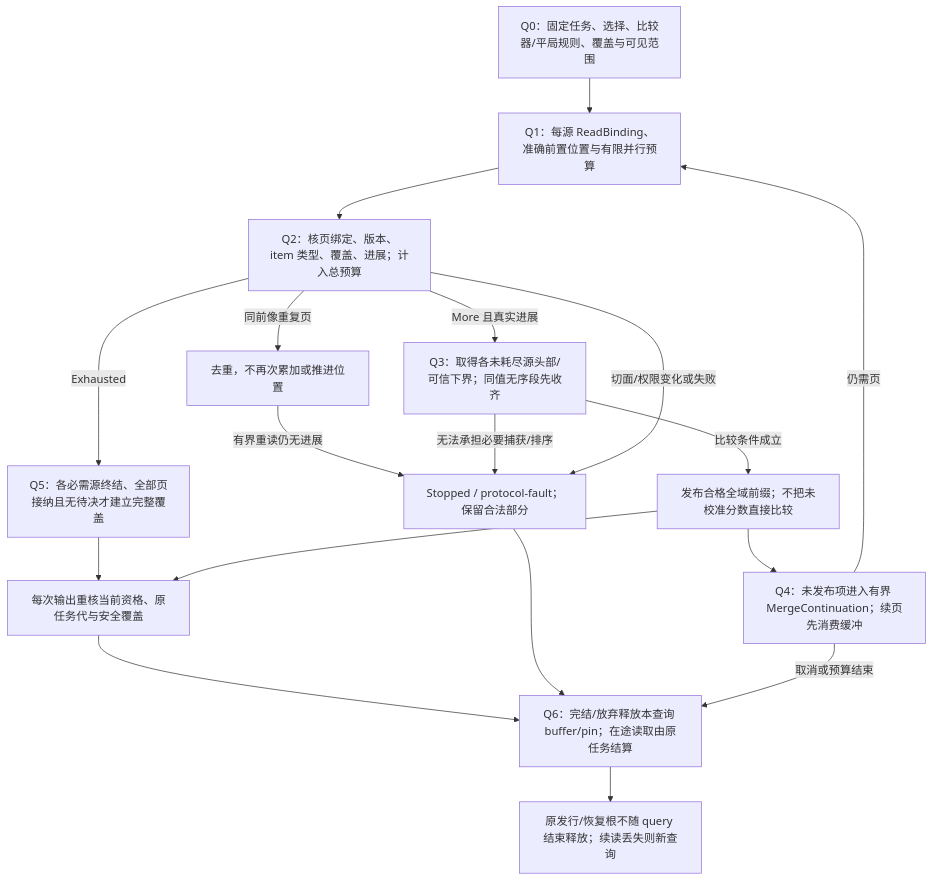
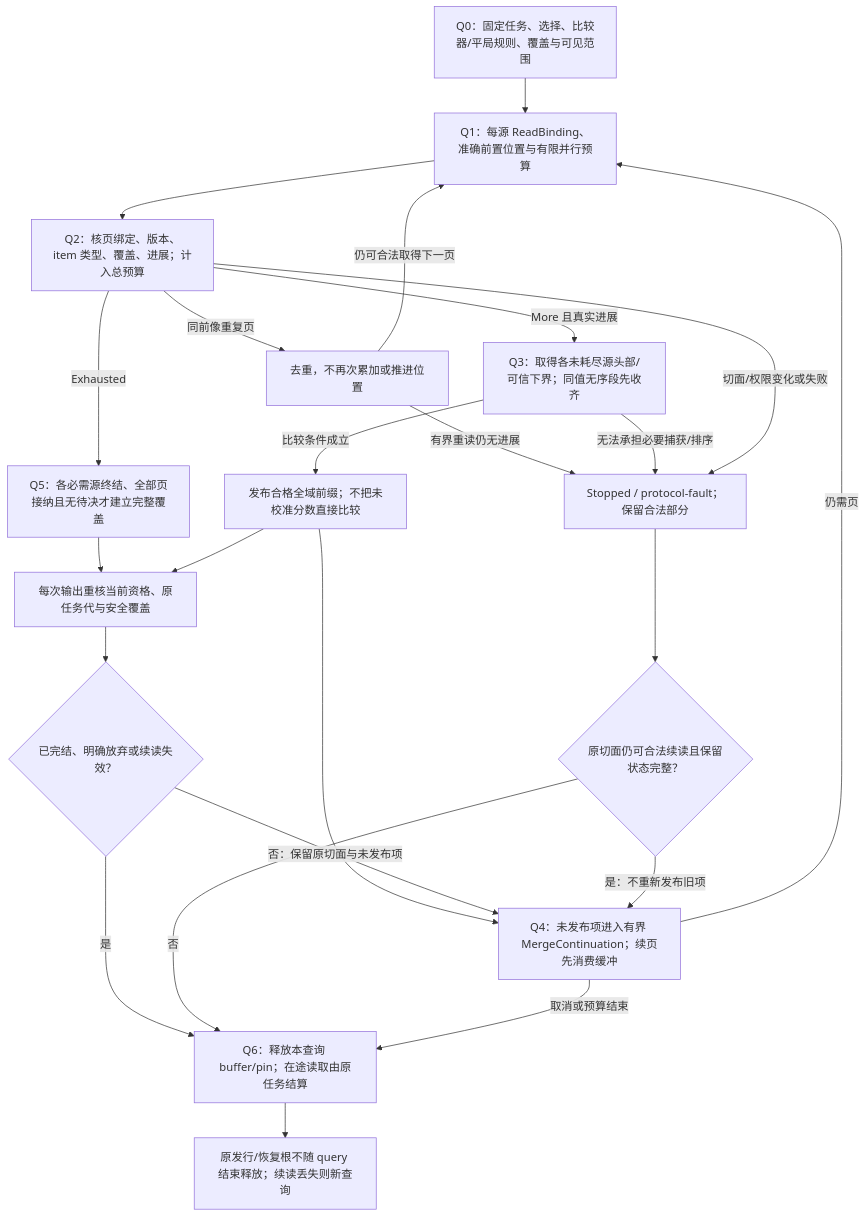
One commit to sec-platform/sec changed the second of 3 diagrams in docs/信息/接入检索与派生.md. Above: the diagram before and after it, drawn with Mermaid. The commit also changed 122 other files, not shown here.

First line of the commit message:
docs: unify system diagrams and remove redundant design text (#882)

````diff
--- a/docs/信息/接入检索与派生.md
+++ b/docs/信息/接入检索与派生.md
@@ -130,20 +130,25 @@
 ```mermaid
 flowchart TD
   binding["Q0：固定任务、选择、比较器/平局规则、覆盖与可见范围"] --> pages["Q1：每源 ReadBinding、准确前置位置与有限并行预算"]
   pages --> validate["Q2：核页绑定、版本、item 类型、覆盖、进展；计入总预算"]
   validate -->|同前像重复页| dedup["去重，不再次累加或推进位置"]
+  dedup -->|仍可合法取得下一页| pages
   dedup -->|有界重读仍无进展| stopped["Stopped / protocol-fault；保留合法部分"]
   validate -->|More 且真实进展| heads["Q3：取得各未耗尽源头部/可信下界；同值无序段先收齐"]
   heads -->|比较条件成立| emit["发布合格全域前缀；不把未校准分数直接比较"]
   heads -->|无法承担必要捕获/排序| stopped
   emit --> buffer["Q4：未发布项进入有界 MergeContinuation；续页先消费缓冲"]
   buffer -->|仍需页| pages
   validate -->|Exhausted| closure["Q5：各必需源终结、全部页接纳且无待决才建立完整覆盖"]
   validate -->|切面/权限变化或失败| stopped
   closure --> disclose["每次输出重核当前资格、原任务代与安全覆盖"]
   emit --> disclose
-  disclose --> release["Q6：完结/放弃释放本查询 buffer/pin；在途读取由原任务结算"]
-  stopped --> release
+  disclose --> finish{"已完结、明确放弃或续读失效？"}
+  finish -->|否：保留原切面与未发布项| buffer
+  finish -->|是| release["Q6：释放本查询 buffer/pin；在途读取由原任务结算"]
+  stopped --> resume{"原切面仍可合法续读且保留状态完整？"}
+  resume -->|是：不重新发布旧项| buffer
+  resume -->|否| release
   buffer -->|取消或预算结束| release
   release --> retained["原发行/恢复根不随 query 结束释放；续读丢失则新查询"]
 ```
````
